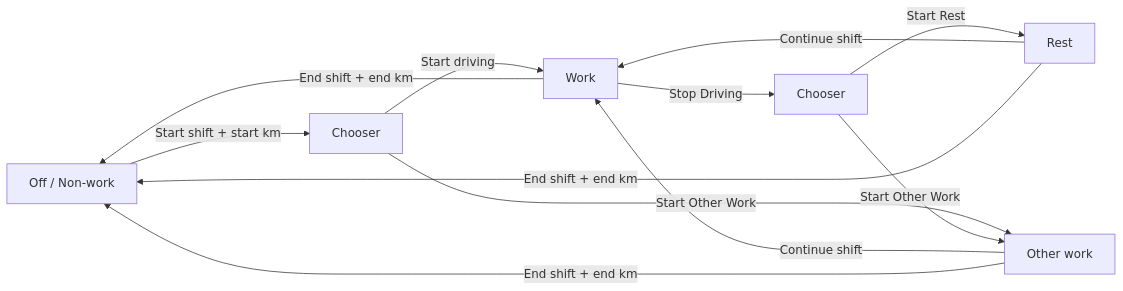
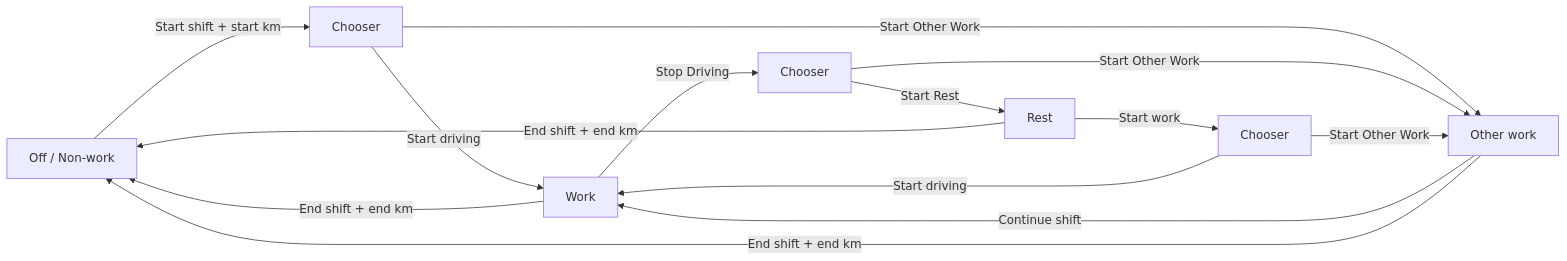
The diagram in app-next/docs/user-guides/driver-ui-guide-esl.md (Rod-Shehan/fatigue-app-latest), drawn with Mermaid before and after one commit. The commit also changed other lines of this file and 7 other files, not shown here.

Commit message:
Let Start work from Rest choose driving or Other work, like Start shift.

````diff
--- a/app-next/docs/user-guides/driver-ui-guide-esl.md
+++ b/app-next/docs/user-guides/driver-ui-guide-esl.md
@@ -79,14 +81,16 @@
 ```mermaid
 flowchart LR
   A[Off / Non-work] -->|Start shift + start km| S[Chooser]
   S -->|Start driving| B[Work]
   S -->|Start Other Work| E[Other work]
   B -->|Stop Driving| C[Chooser]
   C -->|Start Rest| D[Rest]
   C -->|Start Other Work| E
-  D -->|Continue shift| B
+  D -->|Start work| W[Chooser]
+  W -->|Start driving| B
+  W -->|Start Other Work| E
   E -->|Continue shift| B
   B -->|End shift + end km| A
   D -->|End shift + end km| A
   E -->|End shift + end km| A
 ```
````
